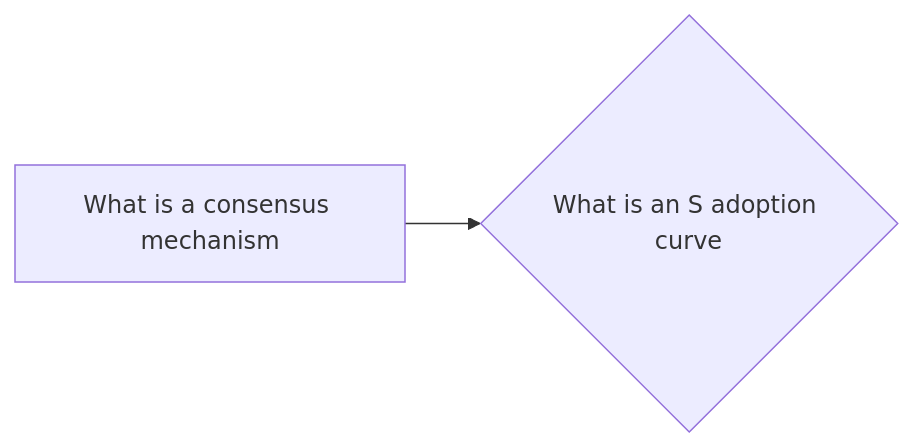
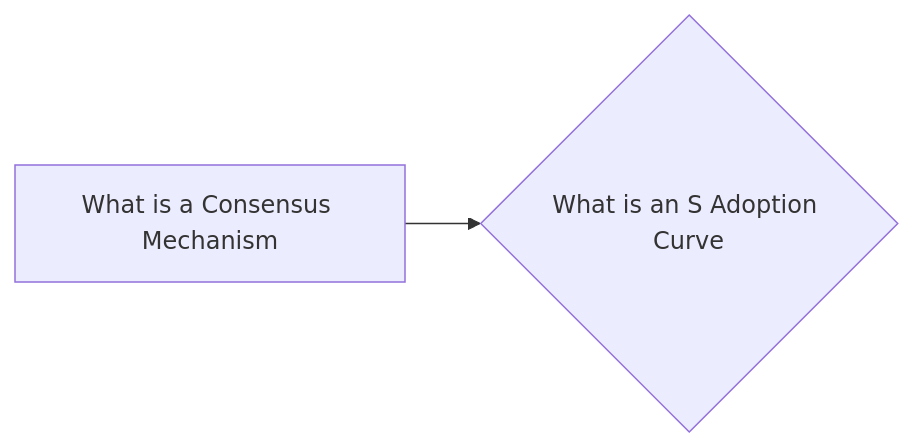
Before and after one commit to lpurdy01/crypto-knowledge-map: the diagram in notes/What_is_an_S_Adoption_Curve.md, drawn with Mermaid. The commit also changed 50 other files, not shown here.

````diff
--- a/notes/What_is_an_S_Adoption_Curve.md
+++ b/notes/What_is_an_S_Adoption_Curve.md
@@ -8,4 +8,4 @@
 ```mermaid
 graph LR
-1["What is a consensus mechanism"]-->0{"What is an S adoption curve"}
+1["What is a Consensus Mechanism"]-->0{"What is an S Adoption Curve"}
 ```
````
